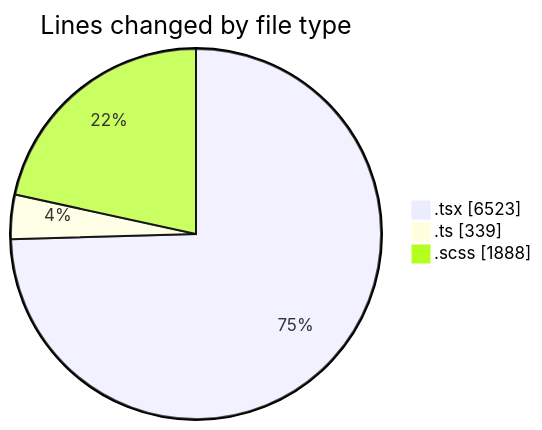
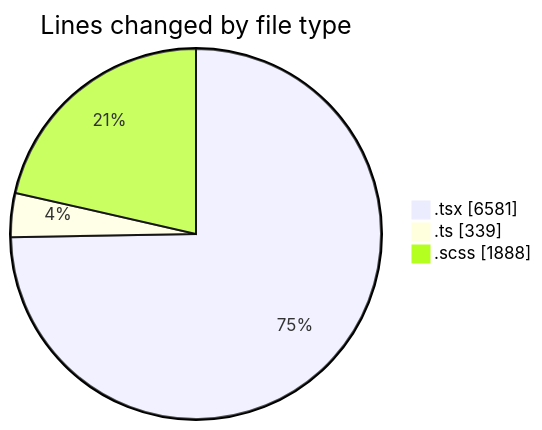
Before and after one commit to momahboobian/code-tracking: the first of 2 diagrams in 2025-07-08/cda/README.md, drawn with Mermaid. The commit also changed other lines of this file and 1 other file, not shown here.

````diff
--- a/2025-07-08/cda/README.md
+++ b/2025-07-08/cda/README.md
@@ -49,7 +49,7 @@
 ```mermaid
 pie showData
 title Lines changed by file type
-".tsx" : 6523
+".tsx" : 6581
 ".ts" : 339
 ".scss" : 1888
 ```
````
